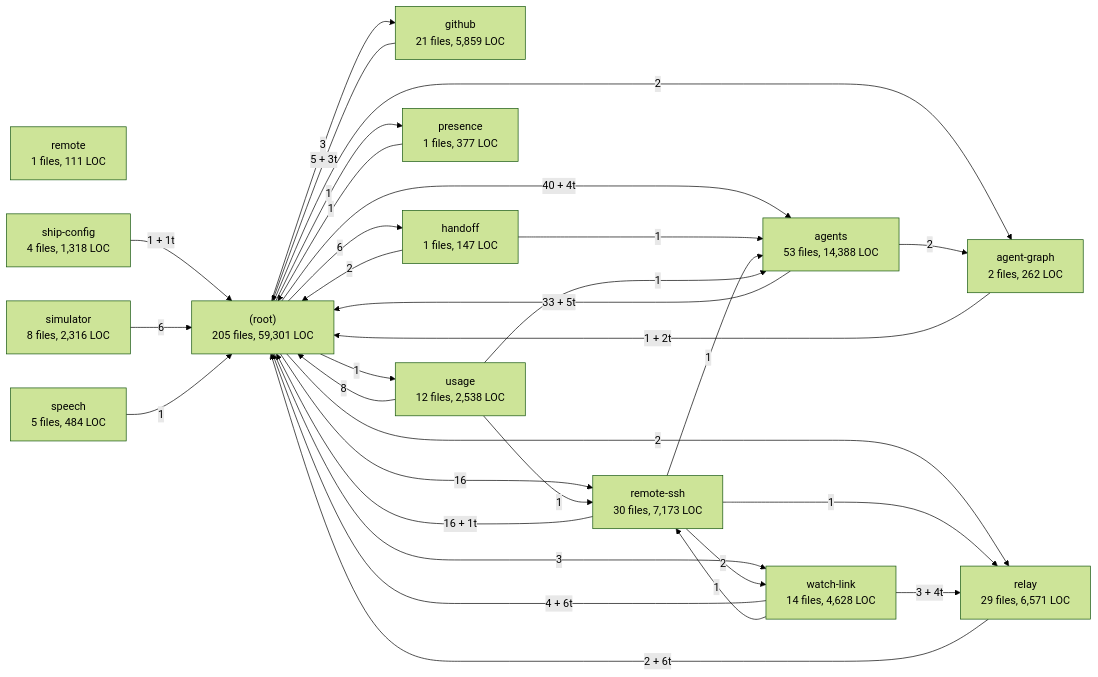
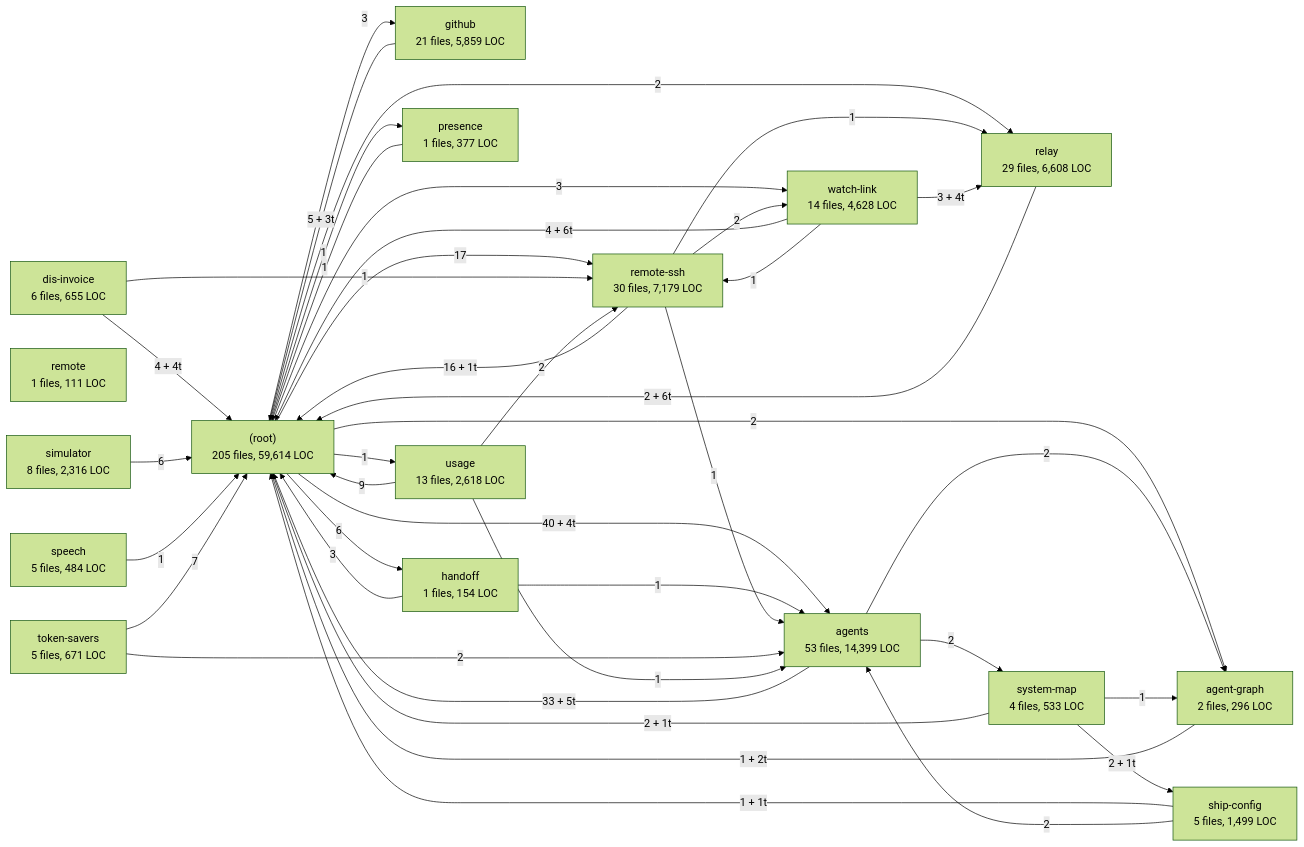
The second of 8 diagrams in docs/architecture/GRAPH.md (pollog09/DisTerm), drawn with Mermaid (forest theme) before and after one commit. The commit also changed other lines of this file and 63 other files, not shown here.

First line of the commit message:
feat(graph): switch the graph view between the agent graph and a repo's system map

````diff
--- a/docs/architecture/GRAPH.md
+++ b/docs/architecture/GRAPH.md
@@ -61,47 +61,59 @@
 ```mermaid
 flowchart LR
-  n_core__root_["(root)<br/>205 files, 59,301 LOC"]
-  n_core_agent_graph["agent-graph<br/>2 files, 262 LOC"]
-  n_core_agents["agents<br/>53 files, 14,388 LOC"]
+  n_core__root_["(root)<br/>205 files, 59,614 LOC"]
+  n_core_agent_graph["agent-graph<br/>2 files, 296 LOC"]
+  n_core_agents["agents<br/>53 files, 14,399 LOC"]
+  n_core_dis_invoice["dis-invoice<br/>6 files, 655 LOC"]
   n_core_github["github<br/>21 files, 5,859 LOC"]
-  n_core_handoff["handoff<br/>1 files, 147 LOC"]
+  n_core_handoff["handoff<br/>1 files, 154 LOC"]
   n_core_presence["presence<br/>1 files, 377 LOC"]
-  n_core_relay["relay<br/>29 files, 6,571 LOC"]
+  n_core_relay["relay<br/>29 files, 6,608 LOC"]
   n_core_remote["remote<br/>1 files, 111 LOC"]
-  n_core_remote_ssh["remote-ssh<br/>30 files, 7,173 LOC"]
-  n_core_ship_config["ship-config<br/>4 files, 1,318 LOC"]
+  n_core_remote_ssh["remote-ssh<br/>30 files, 7,179 LOC"]
+  n_core_ship_config["ship-config<br/>5 files, 1,499 LOC"]
   n_core_simulator["simulator<br/>8 files, 2,316 LOC"]
   n_core_speech["speech<br/>5 files, 484 LOC"]
-  n_core_usage["usage<br/>12 files, 2,538 LOC"]
+  n_core_system_map["system-map<br/>4 files, 533 LOC"]
+  n_core_token_savers["token-savers<br/>5 files, 671 LOC"]
+  n_core_usage["usage<br/>13 files, 2,618 LOC"]
   n_core_watch_link["watch-link<br/>14 files, 4,628 LOC"]
   n_core__root_ -->|"2"| n_core_agent_graph
   n_core__root_ -->|"40 + 4t"| n_core_agents
   n_core__root_ -->|"3"| n_core_github
   n_core__root_ -->|"6"| n_core_handoff
   n_core__root_ -->|"1"| n_core_presence
   n_core__root_ -->|"2"| n_core_relay
-  n_core__root_ -->|"16"| n_core_remote_ssh
+  n_core__root_ -->|"17"| n_core_remote_ssh
   n_core__root_ -->|"1"| n_core_usage
   n_core__root_ -->|"3"| n_core_watch_link
   n_core_agent_graph -->|"1 + 2t"| n_core__root_
   n_core_agents -->|"33 + 5t"| n_core__root_
   n_core_agents -->|"2"| n_core_agent_graph
+  n_core_agents -->|"2"| n_core_system_map
+  n_core_dis_invoice -->|"4 + 4t"| n_core__root_
+  n_core_dis_invoice -->|"1"| n_core_remote_ssh
   n_core_github -->|"5 + 3t"| n_core__root_
-  n_core_handoff -->|"2"| n_core__root_
+  n_core_handoff -->|"3"| n_core__root_
   n_core_handoff -->|"1"| n_core_agents
   n_core_presence -->|"1"| n_core__root_
   n_core_relay -->|"2 + 6t"| n_core__root_
   n_core_remote_ssh -->|"16 + 1t"| n_core__root_
   n_core_remote_ssh -->|"1"| n_core_agents
   n_core_remote_ssh -->|"1"| n_core_relay
   n_core_remote_ssh -->|"2"| n_core_watch_link
   n_core_ship_config -->|"1 + 1t"| n_core__root_
+  n_core_ship_config -->|"2"| n_core_agents
   n_core_simulator -->|"6"| n_core__root_
   n_core_speech -->|"1"| n_core__root_
-  n_core_usage -->|"8"| n_core__root_
+  n_core_system_map -->|"2 + 1t"| n_core__root_
+  n_core_system_map -->|"1"| n_core_agent_graph
+  n_core_system_map -->|"2 + 1t"| n_core_ship_config
+  n_core_token_savers -->|"7"| n_core__root_
+  n_core_token_savers -->|"2"| n_core_agents
+  n_core_usage -->|"9"| n_core__root_
   n_core_usage -->|"1"| n_core_agents
-  n_core_usage -->|"1"| n_core_remote_ssh
+  n_core_usage -->|"2"| n_core_remote_ssh
   n_core_watch_link -->|"4 + 6t"| n_core__root_
   n_core_watch_link -->|"3 + 4t"| n_core_relay
   n_core_watch_link -->|"1"| n_core_remote_ssh
 ```
````
